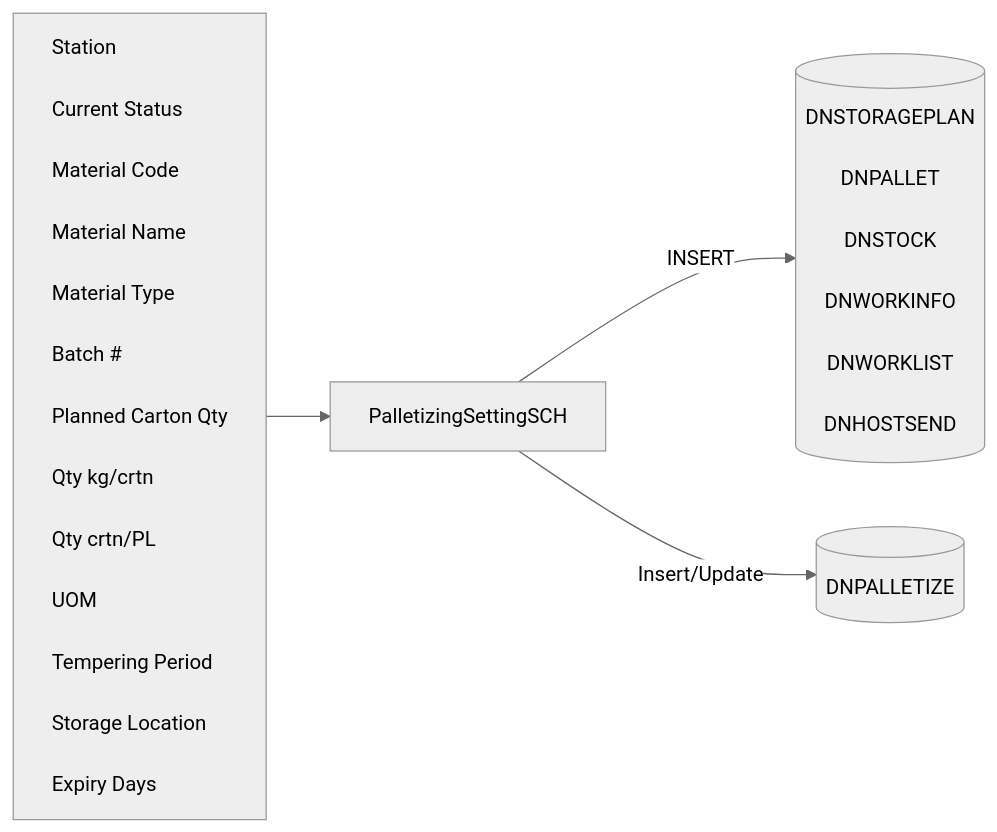
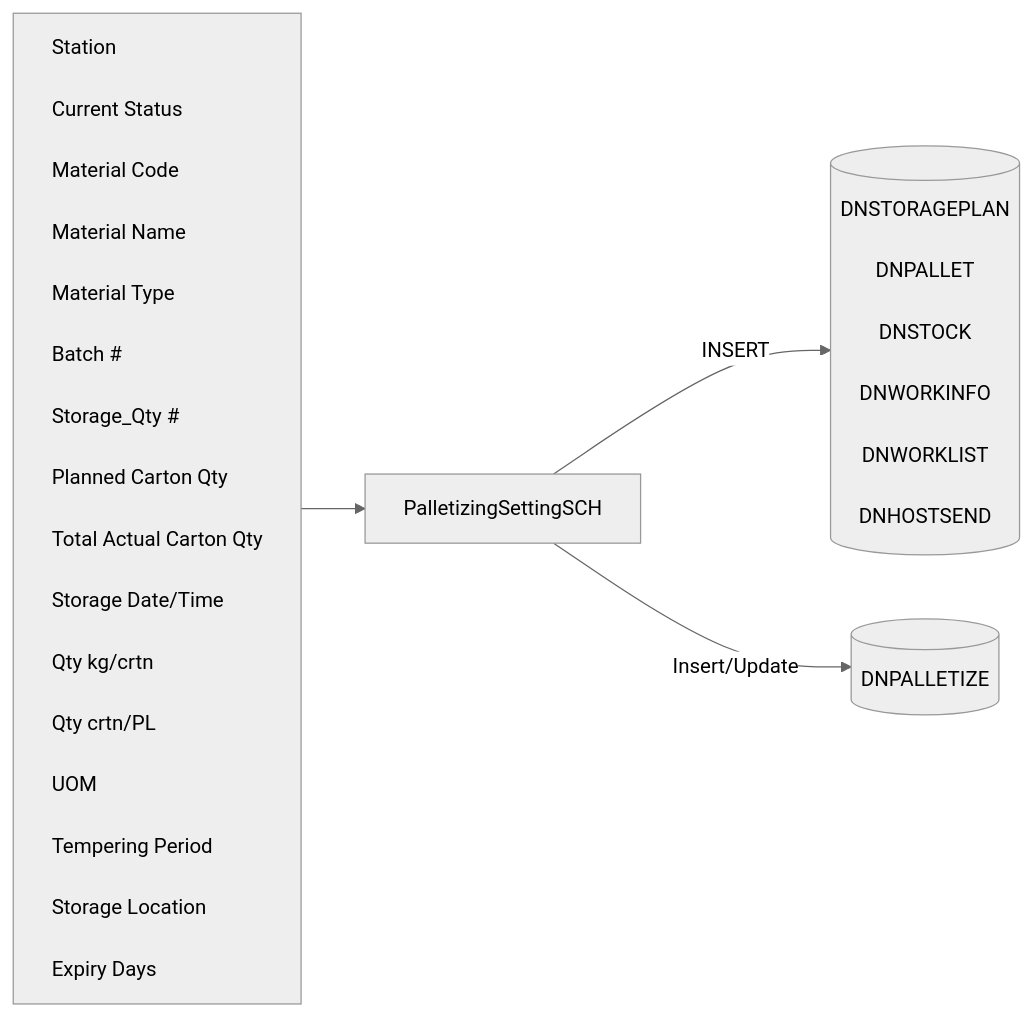
One commit to luthfiadityaa/SimeDarby-Wiki changed the diagram in Basic-Design/DFD-WMS/Storage/Palletizing-Settting/Batch-End.md. Above: the diagram before and after it, drawn with Mermaid (neutral theme).

Commit message:
Updated Batch End

```diff
--- a/Basic-Design/DFD-WMS/Storage/Palletizing-Settting/Batch-End.md
+++ b/Basic-Design/DFD-WMS/Storage/Palletizing-Settting/Batch-End.md
@@ -21,40 +21,43 @@
 ::: mermaid
 flowchart LR
     input[
         Station<br>
         Current Status<br>
         Material Code<br>
         Material Name<br>
         Material Type<br>
         Batch #<br>
+        Storage_Qty #<br>
         Planned Carton Qty<br>
+        Total Actual Carton Qty<br>
+        Storage Date/Time<br>
         Qty kg/crtn<br>
         Qty crtn/PL<br>
         UOM<br>
         Tempering Period<br>
         Storage Location<br>
         Expiry Days<br>
     ]
 
     tableList-insert-update[("
         DNPALLETIZE<br>
     ")]
 
     tableList-insert[("
         DNSTORAGEPLAN<br>
         DNPALLET<br>
         DNSTOCK<br>
         DNWORKINFO<br>
         DNWORKLIST<br>
         DNHOSTSEND<br>
     ")]
 
     className[PalletizingSettingSCH]
 
     input --> className --> |INSERT| tableList-insert
     className --> |Insert/Update| tableList-insert-update
 
     classDef leftAlign text-align:left;
     class input leftAlign;
 
 :::
```
